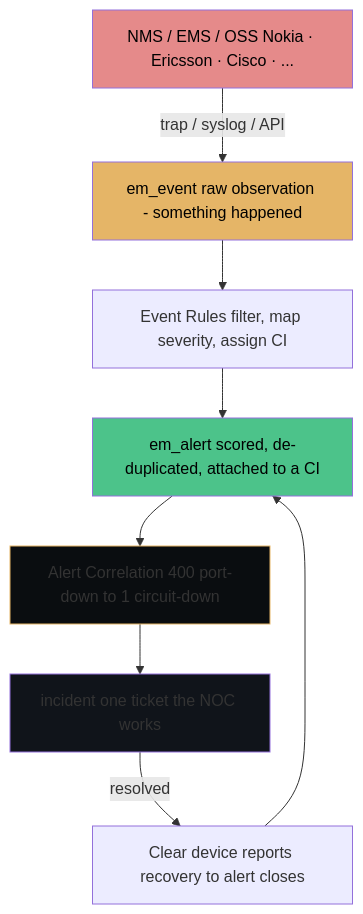
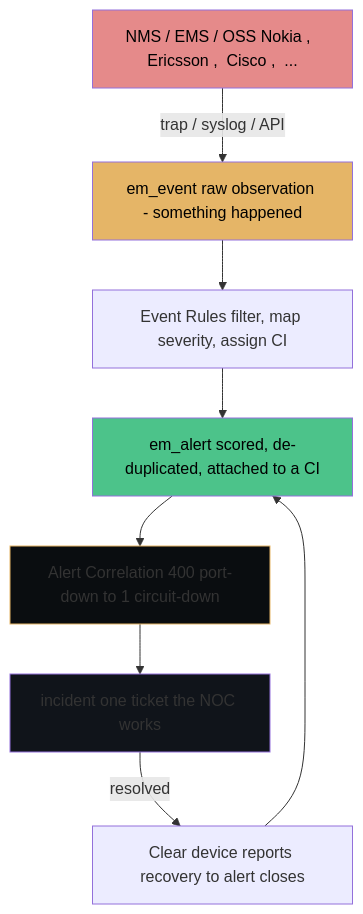
One commit to eltonaguiar/ServiceNow_Learning_TSOM-_CSM_FSM_SalesCRM_HAM_ITSM changed the first of 6 diagrams in docs/modules/tsom/tsom-guide.md. Above: the diagram before and after it, drawn with Mermaid. The commit also changed other lines of this file and 10 other files, not shown here.

First line of the commit message:
Fix Mermaid diagram unicode characters causing syntax errors

````diff
--- a/docs/modules/tsom/tsom-guide.md
+++ b/docs/modules/tsom/tsom-guide.md
@@ -651,25 +651,25 @@
 ```mermaid
 flowchart TD
-    NMS[NMS / EMS / OSS Nokia · Ericsson · Cisco · ...]
+    NMS[NMS / EMS / OSS Nokia ,  Ericsson ,  Cisco ,  ...]
     Event[em_event raw observation - something happened]
     Rules[Event Rules filter, map severity, assign CI]
     Alert[em_alert scored, de-duplicated, attached to a CI]
     Corr[Alert Correlation 400 port-down to 1 circuit-down]
     Incident[incident one ticket the NOC works]
     Clear[Clear device reports recovery to alert closes]
 
     NMS -->|trap / syslog / API| Event
     Event --> Rules
     Rules --> Alert
     Alert --> Corr
     Corr --> Incident
     Incident -->|resolved| Clear
     Clear --> Alert
 
     style NMS fill:#e58a8a,color:#000
     style Event fill:#e5b567,color:#000
     style Alert fill:#4cc38a,color:#000
     style Corr fill:#0a0d10,stroke:#e5b567
     style Incident fill:#10141a
 
 ```
````
